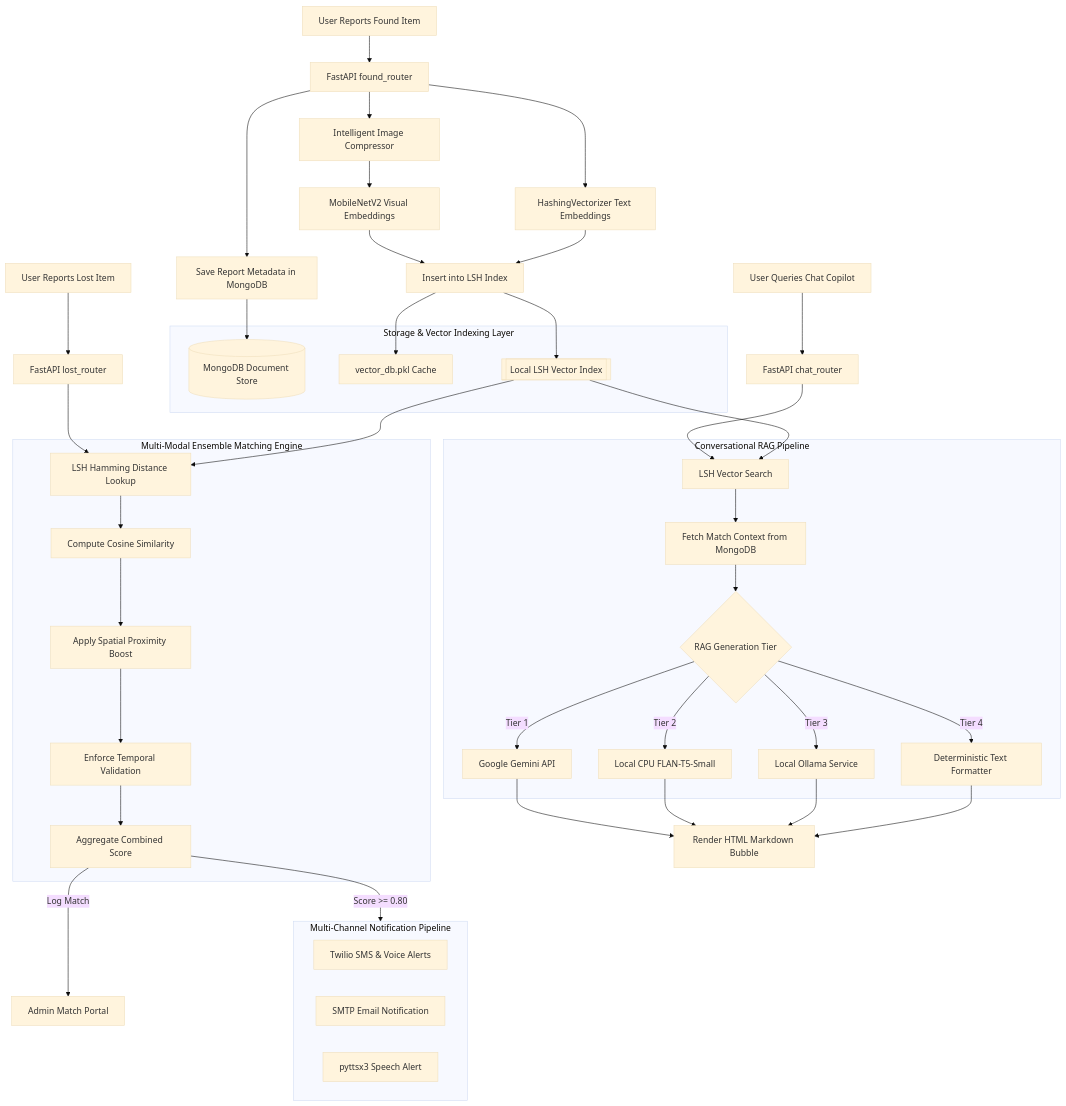
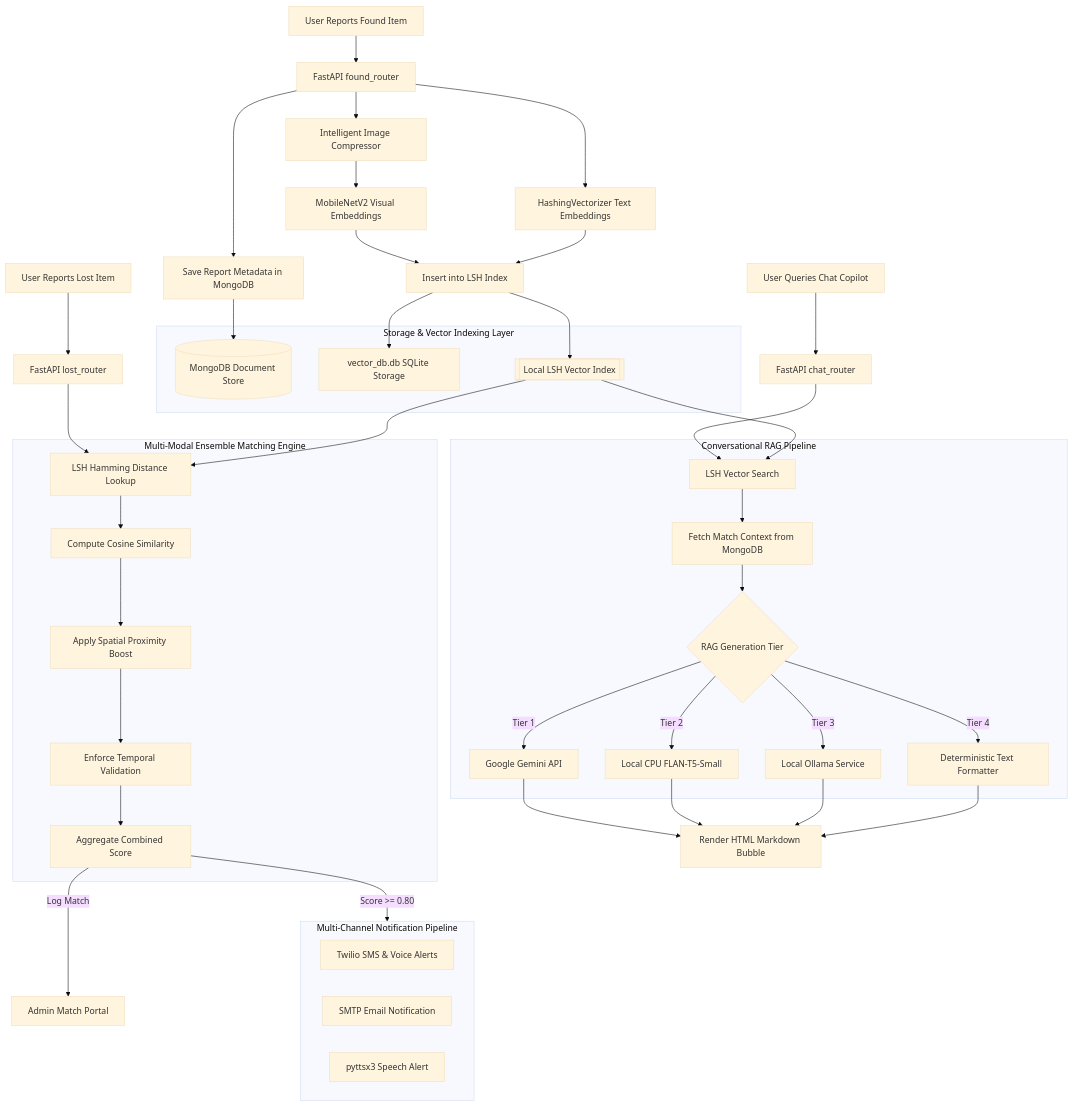
Before and after one commit to grass-overflow/lostlinkv2.3: the diagram in README.md, drawn with Mermaid (base theme). The commit also changed other lines of this file and 9 other files, not shown here.

````diff
--- a/README.md
+++ b/README.md
@@ -34,76 +34,76 @@
 ```mermaid
 flowchart TD
     %% User Inputs
     UserLost[User Reports Lost Item] --> API_Lost[FastAPI lost_router]
     UserFound[User Reports Found Item] --> API_Found[FastAPI found_router]
     UserChat[User Queries Chat Copilot] --> API_Chat[FastAPI chat_router]
 
     %% Storage & Indexing
     subgraph Storage & Indexing [Storage & Vector Indexing Layer]
         DB[(MongoDB Document Store)]
-        LSH_Store[vector_db.pkl Cache]
+        LSH_Store[vector_db.db SQLite Storage]
         LSH_Index[[Local LSH Vector Index]]
     end
 
     API_Found --> Compress[Intelligent Image Compressor]
     Compress --> Extract_Vis[MobileNetV2 Visual Embeddings]
     API_Found --> Extract_Txt[HashingVectorizer Text Embeddings]
     
     Extract_Vis --> Insert_LSH[Insert into LSH Index]
     Extract_Txt --> Insert_LSH
     Insert_LSH --> LSH_Index
     Insert_LSH --> LSH_Store
     API_Found --> Store_DB[Save Report Metadata in MongoDB]
     Store_DB --> DB
 
     %% Matching Pipeline
     subgraph Matching Engine [Multi-Modal Ensemble Matching Engine]
         Query_LSH[LSH Hamming Distance Lookup]
         Calc_Sim[Compute Cosine Similarity]
         Spatial_Boost[Apply Spatial Proximity Boost]
         Temporal_Check[Enforce Temporal Validation]
         Agg_Score[Aggregate Combined Score]
     end
 
     API_Lost --> Query_LSH
     LSH_Index --> Query_LSH
     Query_LSH --> Calc_Sim
     Calc_Sim --> Spatial_Boost
     Spatial_Boost --> Temporal_Check
     Temporal_Check --> Agg_Score
 
     %% Outputs & Alerts
     subgraph Alerts [Multi-Channel Notification Pipeline]
         SMS[Twilio SMS & Voice Alerts]
         Mail[SMTP Email Notification]
         Speak[pyttsx3 Speech Alert]
     end
 
     Agg_Score -->|Score >= 0.80| Alerts
     Agg_Score -->|Log Match| Admin[Admin Match Portal]
 
     %% RAG Pipeline
     subgraph RAG [Conversational RAG Pipeline]
         RAG_Query[LSH Vector Search]
         Fetch_Ctx[Fetch Match Context from MongoDB]
         LLM_Gen{RAG Generation Tier}
         Gemini[Google Gemini API]
         T5[Local CPU FLAN-T5-Small]
         Ollama[Local Ollama Service]
         Fallback[Deterministic Text Formatter]
     end
 
     API_Chat --> RAG_Query
     LSH_Index --> RAG_Query
     RAG_Query --> Fetch_Ctx
     Fetch_Ctx --> LLM_Gen
     LLM_Gen -->|Tier 1| Gemini
     LLM_Gen -->|Tier 2| T5
     LLM_Gen -->|Tier 3| Ollama
     LLM_Gen -->|Tier 4| Fallback
     
     Gemini --> ChatBubble[Render HTML Markdown Bubble]
     T5 --> ChatBubble
     Ollama --> ChatBubble
     Fallback --> ChatBubble
 ```
````
